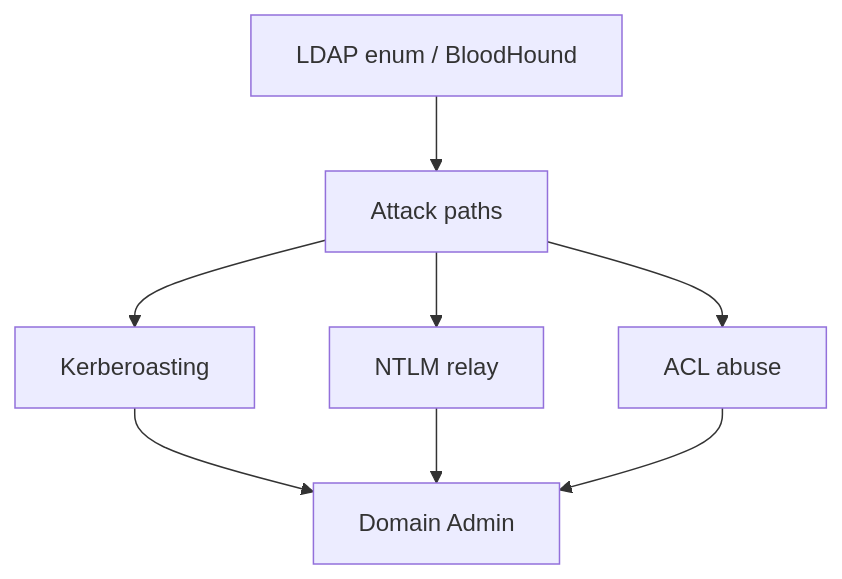
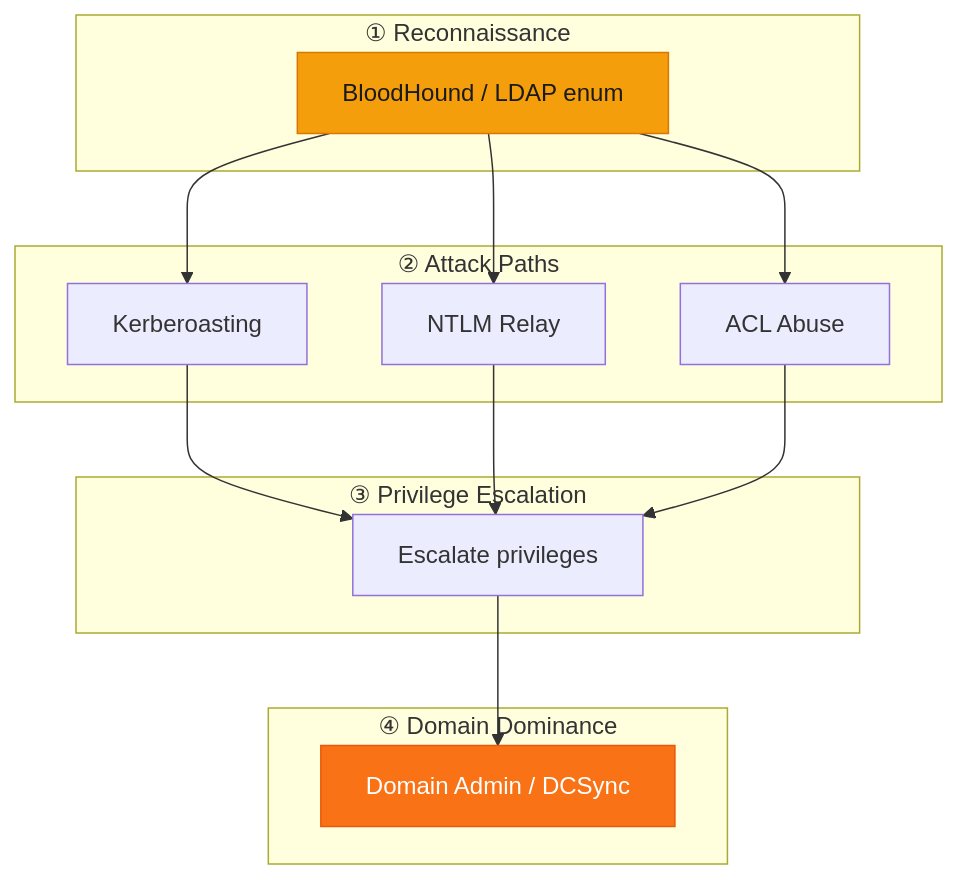
One commit to mamadbypass/security-reference changed the first of 2 diagrams in docs/network/active-directory/index.md. Above: the diagram before and after it, drawn with Mermaid. The commit also changed other lines of this file and 102 other files, not shown here.

````diff
--- a/docs/network/active-directory/index.md
+++ b/docs/network/active-directory/index.md
@@ -13,14 +13,25 @@
 ```mermaid
 flowchart TD
-    RECON[LDAP enum / BloodHound] --> PATH[Attack paths]
-    PATH --> KERB[Kerberoasting]
-    PATH --> RELAY[NTLM relay]
-    PATH --> ACL[ACL abuse]
-    KERB & RELAY & ACL --> DA[Domain Admin]
+    subgraph Recon["① Reconnaissance"]
+        BH[BloodHound / LDAP enum]
+    end
+    subgraph Paths["② Attack Paths"]
+        BH --> KERB[Kerberoasting]
+        BH --> RELAY[NTLM Relay]
+        BH --> ACL[ACL Abuse]
+    end
+    subgraph Priv["③ Privilege Escalation"]
+        KERB & RELAY & ACL --> ESC[Escalate privileges]
+    end
+    subgraph Goal["④ Domain Dominance"]
+        ESC --> DA[Domain Admin / DCSync]
+    end
+    class BH tool
+    class DA warn
 classDef attacker fill:#ef4444,stroke:#b91c1c,color:#fff
 classDef target fill:#6c3ce0,stroke:#5429c4,color:#fff
 classDef tool fill:#f59e0b,stroke:#d97706,color:#1a1a1a
 classDef success fill:#10b981,stroke:#059669,color:#fff
 classDef warn fill:#f97316,stroke:#ea580c,color:#fff
 
 ```
````
